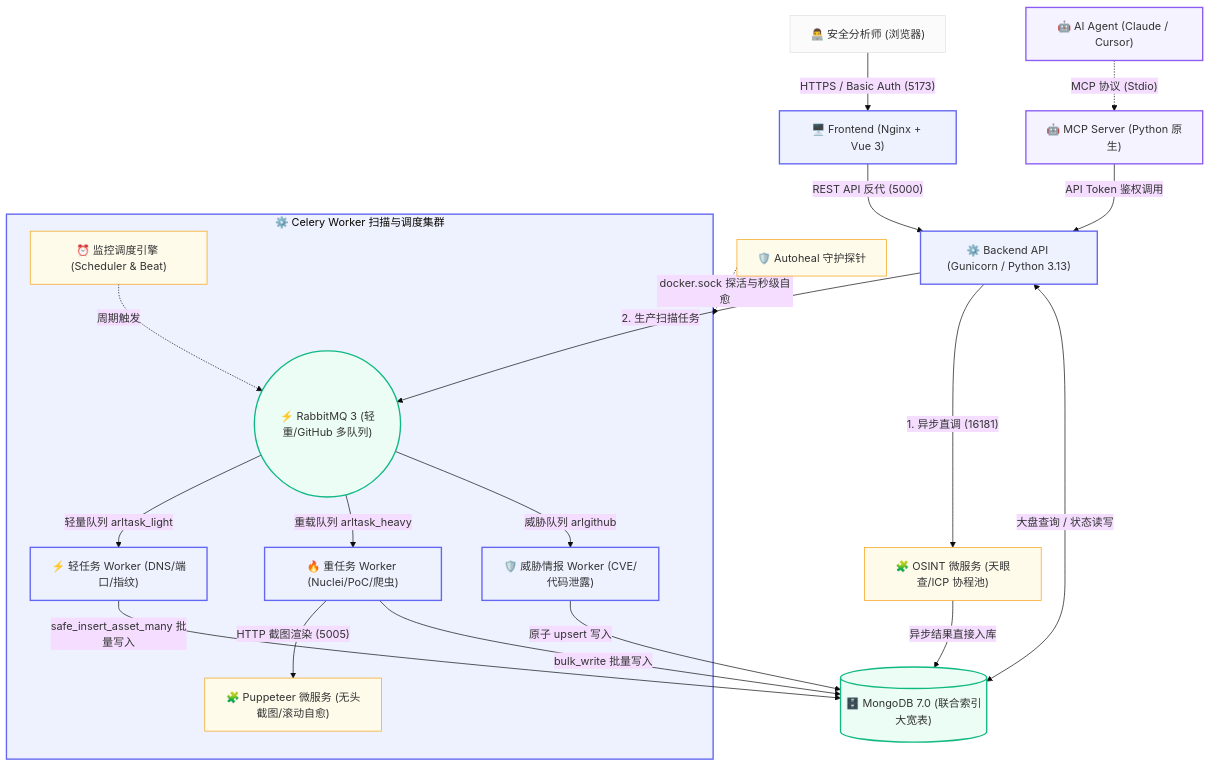
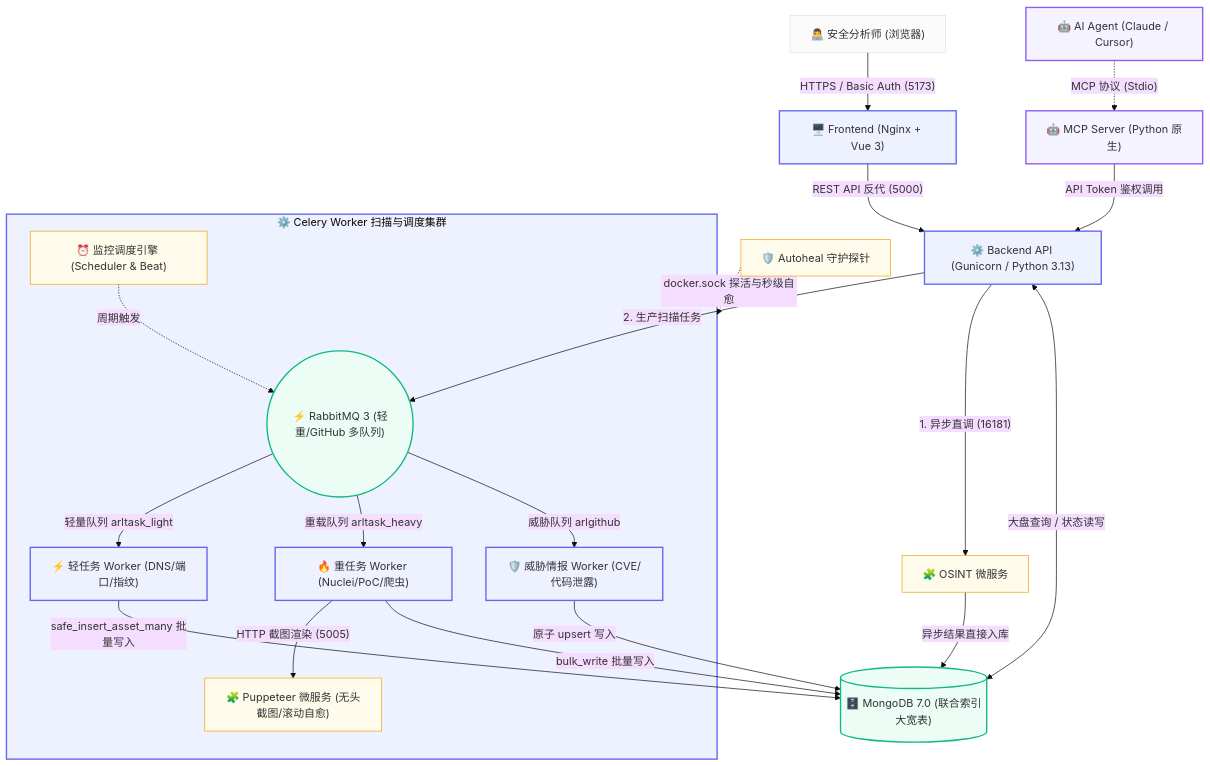
Before and after one commit to owl234/ARL-Next: the diagram in README.md, drawn with Mermaid (base theme). The commit also changed other lines of this file and 40 other files, not shown here.

````diff
--- a/README.md
+++ b/README.md
@@ -123,44 +123,44 @@
 ```mermaid
 graph TD
     %% 1. 接入层
     User["👨‍💻 安全分析师 (浏览器)"] -->|"HTTPS / Basic Auth (5173)"| Nginx["🖥️ Frontend (Nginx + Vue 3)"]
     Agent["🤖 AI Agent (Claude / Cursor)"] -.->|"MCP 协议 (Stdio)"| MCP["🤖 MCP Server (Python 原生)"]
 
     %% 2. API 网关层
     Nginx -->|"REST API 反代 (5000)"| Backend["⚙️ Backend API (Gunicorn / Python 3.13)"]
     MCP -->|"API Token 鉴权调用"| Backend
 
     %% 3. 调度与任务分流 (双轨解耦)
-    Backend -->|"1. 异步直调 (16181)"| OSINT["🧩 OSINT 微服务 (天眼查/ICP 协程池)"]
+    Backend -->|"1. 异步直调 (16181)"| OSINT["🧩 OSINT 微服务 "]
     Backend -->|"2. 生产扫描任务"| MQ(("⚡ RabbitMQ 3 (轻重/GitHub 多队列)"))
 
     %% 4. Celery Worker 扫描计算集群
     subgraph WorkerCluster ["⚙️ Celery Worker 扫描与调度集群"]
         MQ -->|"轻量队列 arltask_light"| W_Light["⚡ 轻任务 Worker (DNS/端口/指纹)"]
         MQ -->|"重载队列 arltask_heavy"| W_Heavy["🔥 重任务 Worker (Nuclei/PoC/爬虫)"]
         MQ -->|"威胁队列 arlgithub"| W_Git["🛡️ 威胁情报 Worker (CVE/代码泄露)"]
         
         Scheduler["⏰ 监控调度引擎 (Scheduler & Beat)"] -.->|"周期触发"| MQ
         W_Heavy -->|"HTTP 截图渲染 (5005)"| Puppeteer["🧩 Puppeteer 微服务 (无头截图/滚动自愈)"]
     end
 
     %% 5. 数据统一落库 (从上往下自然汇聚，彻底杜绝线条交叉穿透)
     Backend <-->|"大盘查询 / 状态读写"| DB[("🗄️ MongoDB 7.0 (联合索引大宽表)")]
     OSINT -->|"异步结果直接入库"| DB
     W_Light -->|"safe_insert_asset_many 批量写入"| DB
     W_Heavy -->|"bulk_write 批量写入"| DB
     W_Git -->|"原子 upsert 写入"| DB
 
     Autoheal["🛡️ Autoheal 守护探针"] -.->|"docker.sock 探活与秒级自愈"| WorkerCluster
 
     classDef default fill:#fbfbfb,stroke:#e0e0e0,stroke-width:1px;
     classDef core fill:#eef2ff,stroke:#6366f1,stroke-width:2px;
     classDef ai fill:#f5f3ff,stroke:#8b5cf6,stroke-width:2px;
     classDef db fill:#ecfdf5,stroke:#10b981,stroke-width:2px;
     classDef micro fill:#fffbeb,stroke:#f59e0b,stroke-width:1px;
     
     class Nginx,Backend,WorkerCluster,W_Light,W_Heavy,W_Git core;
     class Agent,MCP ai;
     class DB,MQ db;
     class OSINT,Puppeteer,Autoheal,Scheduler micro;
 ```
````
